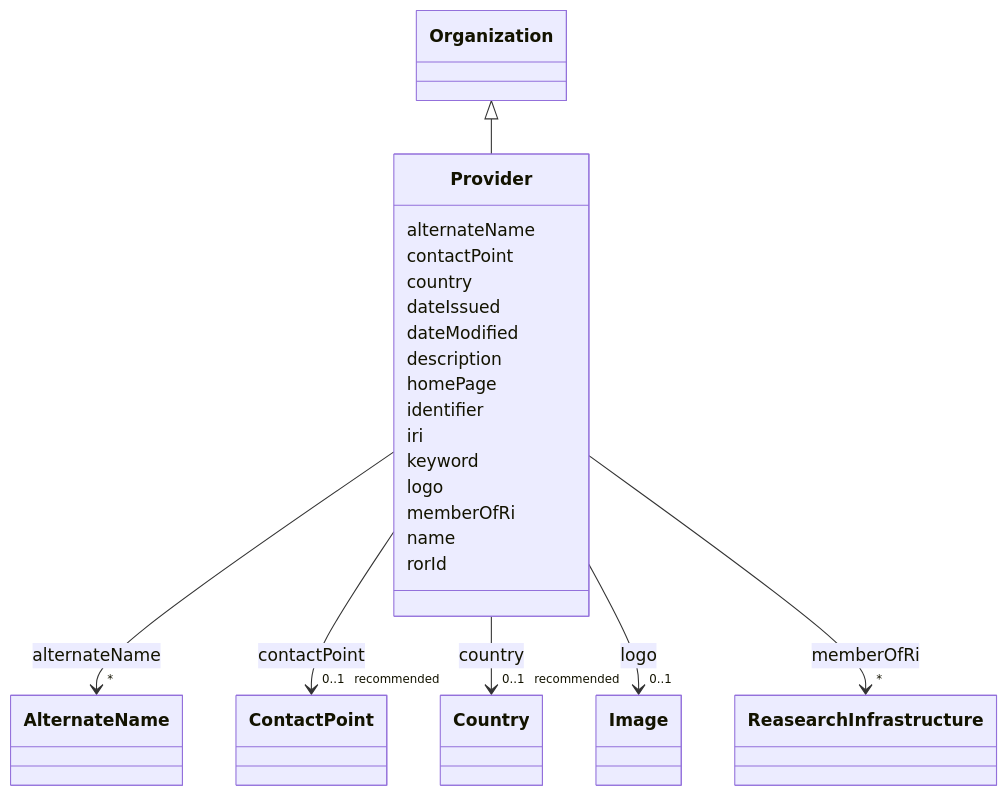
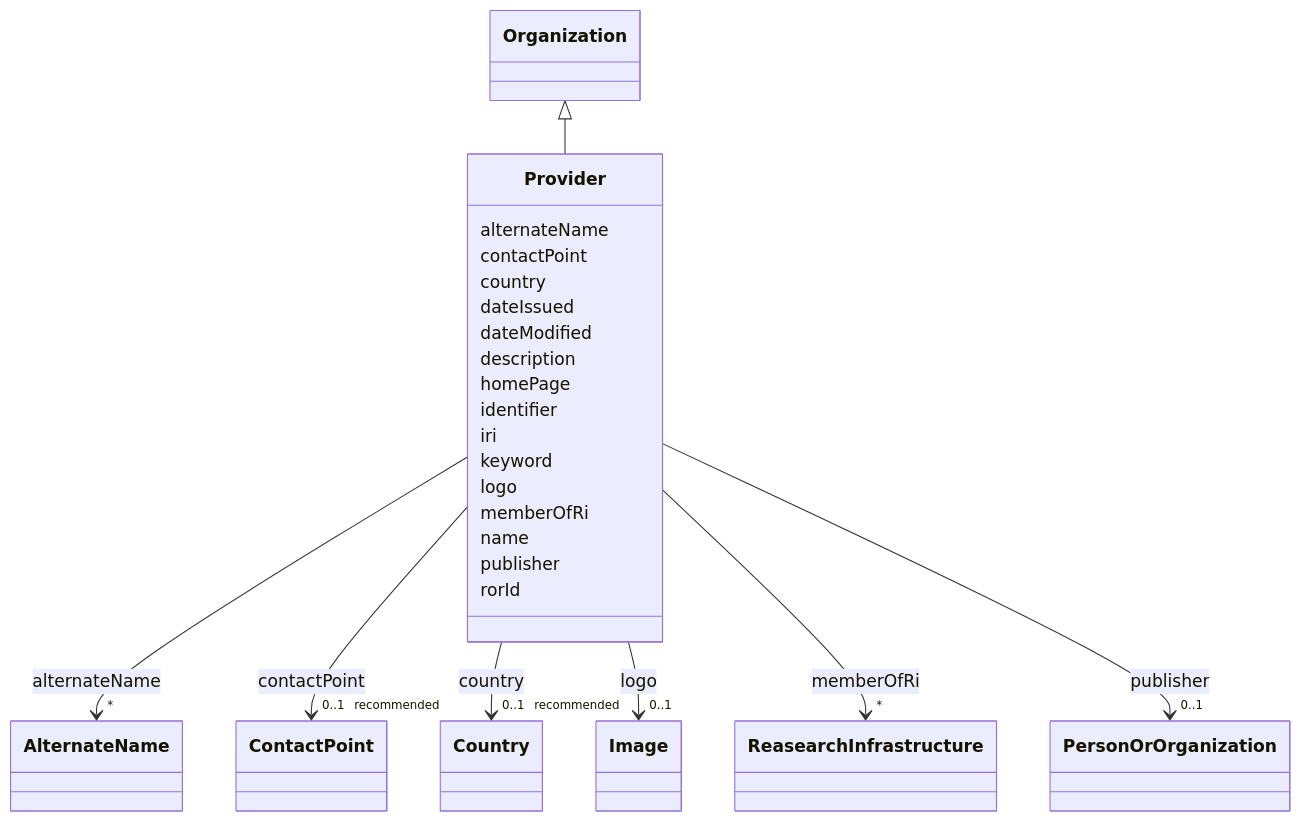
Before and after one commit to EVORA-project/evora-ontology: the diagram in models/docs/Provider.md, drawn with Mermaid. The commit also changed other lines of this file and 468 other files, not shown here.

````diff
--- a/models/docs/Provider.md
+++ b/models/docs/Provider.md
@@ -19,72 +19,81 @@
 ```mermaid
  classDiagram
     class Provider
     click Provider href "../Provider"
       Organization <|-- Provider
         click Organization href "../Organization"
       
       Provider : alternateName
         
           
     
     
     Provider --> "*" AlternateName : alternateName
     click AlternateName href "../AlternateName"
 
         
       Provider : contactPoint
         
           
     
     
     Provider --> "0..1 _recommended_" ContactPoint : contactPoint
     click ContactPoint href "../ContactPoint"
 
         
       Provider : country
         
           
     
     
     Provider --> "0..1 _recommended_" Country : country
     click Country href "../Country"
 
         
       Provider : dateIssued
         
       Provider : dateModified
         
       Provider : description
         
       Provider : homePage
         
       Provider : identifier
         
       Provider : iri
         
       Provider : keyword
         
       Provider : logo
         
           
     
     
     Provider --> "0..1" Image : logo
     click Image href "../Image"
 
         
       Provider : memberOfRi
         
           
     
     
     Provider --> "*" ReasearchInfrastructure : memberOfRi
     click ReasearchInfrastructure href "../ReasearchInfrastructure"
 
         
       Provider : name
         
+      Provider : publisher
+        
+          
+    
+    
+    Provider --> "0..1" PersonOrOrganization : publisher
+    click PersonOrOrganization href "../PersonOrOrganization"
+
+        
       Provider : rorId
         
       
 ```
````
